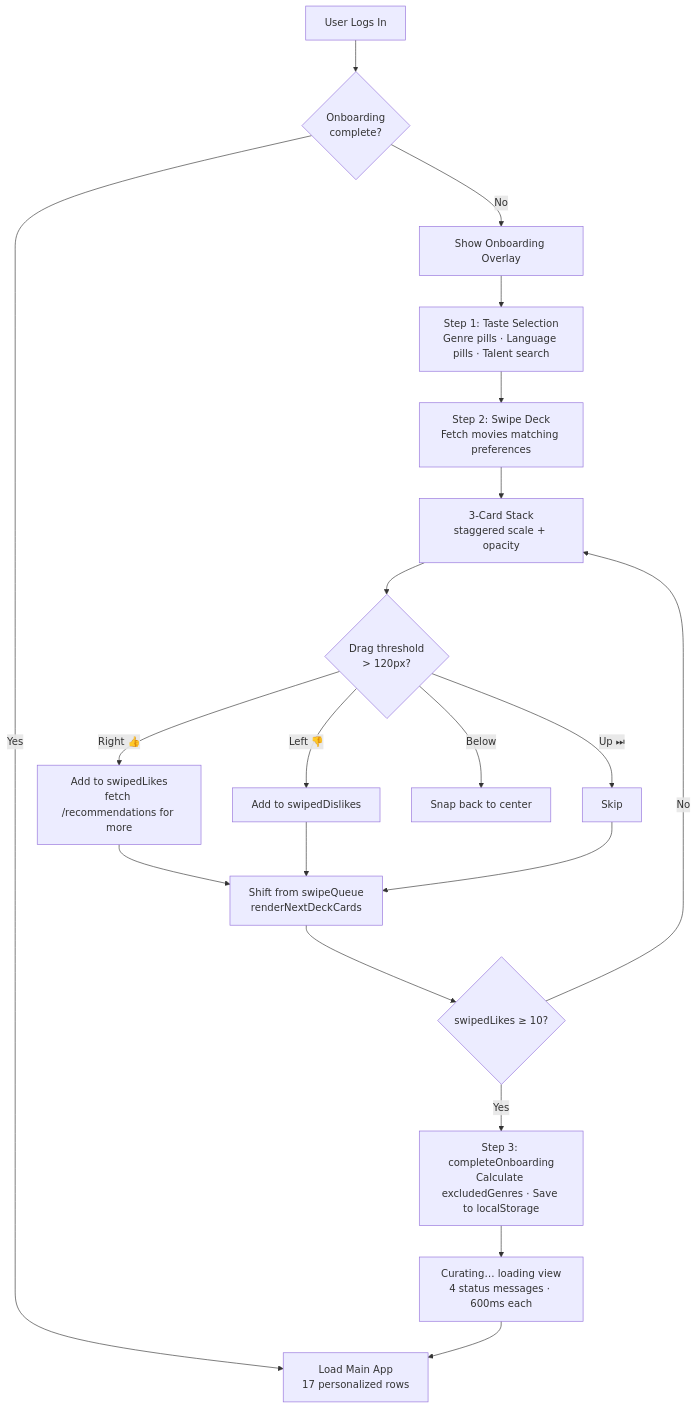
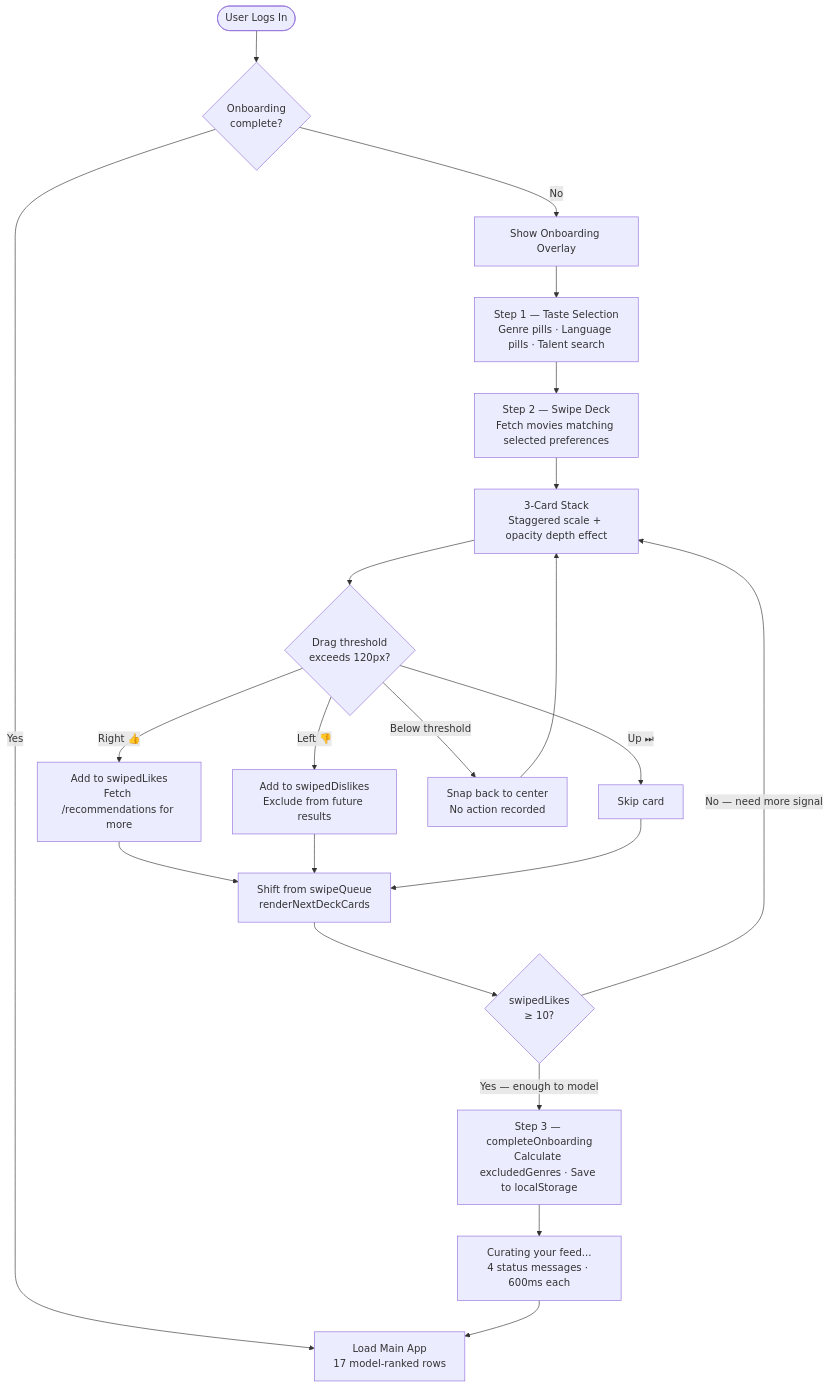
One commit to 4-thkind/Movie-Recommendation-Model changed the sixth of 10 diagrams in README.md. Above: the diagram before and after it, drawn with Mermaid. The commit also changed other lines of this file, not shown here.

````diff
--- a/README.md
+++ b/README.md
@@ -299,23 +336,30 @@
 ```mermaid
 flowchart TD
-    A[User Logs In] --> B{Onboarding\ncomplete?}
-    B -->|Yes| C[Load Main App\n17 personalized rows]
+    A([User Logs In]) --> B{Onboarding\ncomplete?}
+
+    B -->|Yes| C[Load Main App\n17 model-ranked rows]
     B -->|No| D[Show Onboarding Overlay]
 
-    D --> E[Step 1: Taste Selection\nGenre pills · Language pills · Talent search]
-    E --> F[Step 2: Swipe Deck\nFetch movies matching preferences]
-    F --> G[3-Card Stack\nstaggered scale + opacity]
-    G --> H{Drag threshold\n> 120px?}
-    H -->|Right 👍| I[Add to swipedLikes\nfetch /recommendations for more]
-    H -->|Left 👎| J[Add to swipedDislikes]
-    H -->|Up ⏭| K[Skip]
-    H -->|Below| L[Snap back to center]
+    D --> E[Step 1 — Taste Selection\nGenre pills · Language pills · Talent search]
+    E --> F[Step 2 — Swipe Deck\nFetch movies matching selected preferences]
+
+    F --> G[3-Card Stack\nStaggered scale + opacity depth effect]
+    G --> H{Drag threshold\nexceeds 120px?}
+
+    H -->|Right 👍| I[Add to swipedLikes\nFetch /recommendations for more]
+    H -->|Left 👎| J[Add to swipedDislikes\nExclude from future results]
+    H -->|Up ⏭| K[Skip card]
+    H -->|Below threshold| L[Snap back to center\nNo action recorded]
+
     I --> M[Shift from swipeQueue\nrenderNextDeckCards]
     J --> M
     K --> M
-    M --> N{swipedLikes ≥ 10?}
-    N -->|No| G
-    N -->|Yes| O[Step 3: completeOnboarding\nCalculate excludedGenres · Save to localStorage]
-    O --> P[Curating… loading view\n4 status messages · 600ms each]
+    L --> G
+
+    M --> N{swipedLikes\n≥ 10?}
+    N -->|No — need more signal| G
+    N -->|Yes — enough to model| O[Step 3 — completeOnboarding\nCalculate excludedGenres · Save to localStorage]
+
+    O --> P[Curating your feed...\n4 status messages · 600ms each]
     P --> C
 ```
````
